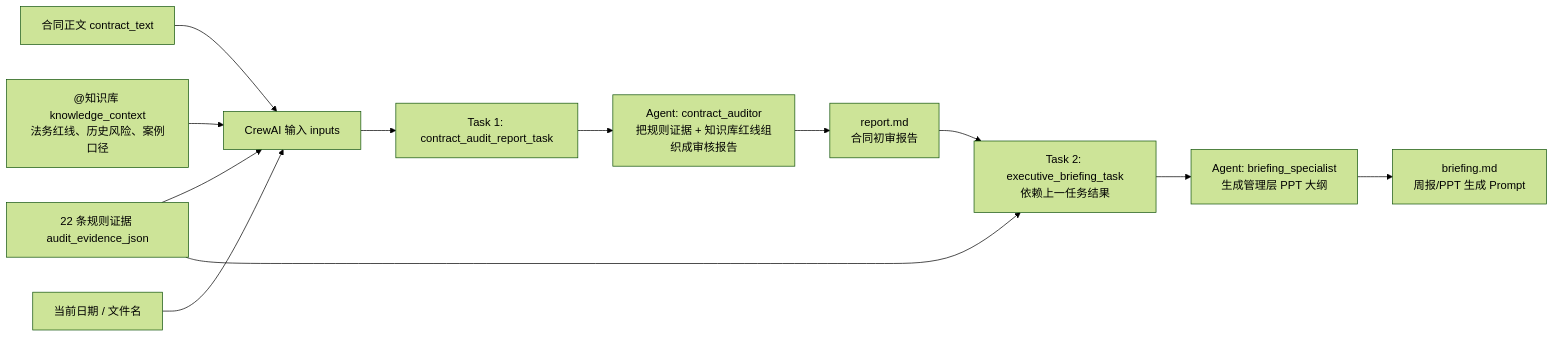
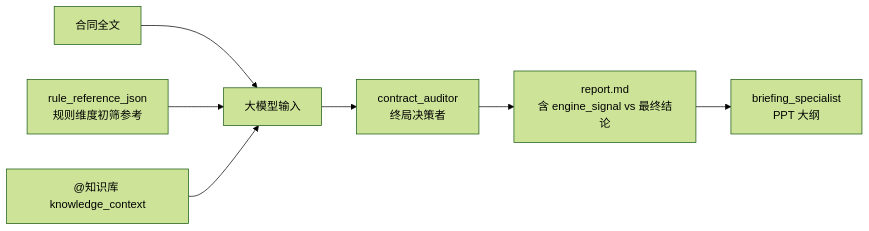
Before and after one commit to FiringJ/local-crewai-demo: the second of 3 diagrams in docs/CREWAI_RULE_EVIDENCE_FLOW.md, drawn with Mermaid (forest theme). The commit also changed other lines of this file and 2 other files, not shown here.

Commit message:
Update OPC submission docs for 26-rule checklist and rule-reference architecture.

````diff
--- a/docs/CREWAI_RULE_EVIDENCE_FLOW.md
+++ b/docs/CREWAI_RULE_EVIDENCE_FLOW.md
@@ -90,16 +95,9 @@
 ```mermaid
 flowchart LR
-    A["合同正文 contract_text"] --> D["CrewAI 输入 inputs"]
-    B["22 条规则证据 audit_evidence_json"] --> D
-    C["@知识库 knowledge_context<br/>法务红线、历史风险、案例口径"] --> D
-    E["当前日期 / 文件名"] --> D
-
-    D --> F["Task 1: contract_audit_report_task"]
-    F --> G["Agent: contract_auditor<br/>把规则证据 + 知识库红线组织成审核报告"]
-    G --> H["report.md<br/>合同初审报告"]
-
-    H --> I["Task 2: executive_briefing_task<br/>依赖上一任务结果"]
-    B --> I
-    I --> J["Agent: briefing_specialist<br/>生成管理层 PPT 大纲"]
-    J --> K["briefing.md<br/>周报/PPT 生成 Prompt"]
+    A["合同全文"] --> D["大模型输入"]
+    B["rule_reference_json<br/>规则维度初筛参考"] --> D
+    C["@知识库 knowledge_context"] --> D
+    D --> E["contract_auditor<br/>终局决策者"]
+    E --> F["report.md<br/>含 engine_signal vs 最终结论"]
+    F --> G["briefing_specialist<br/>PPT 大纲"]
 ```
````
